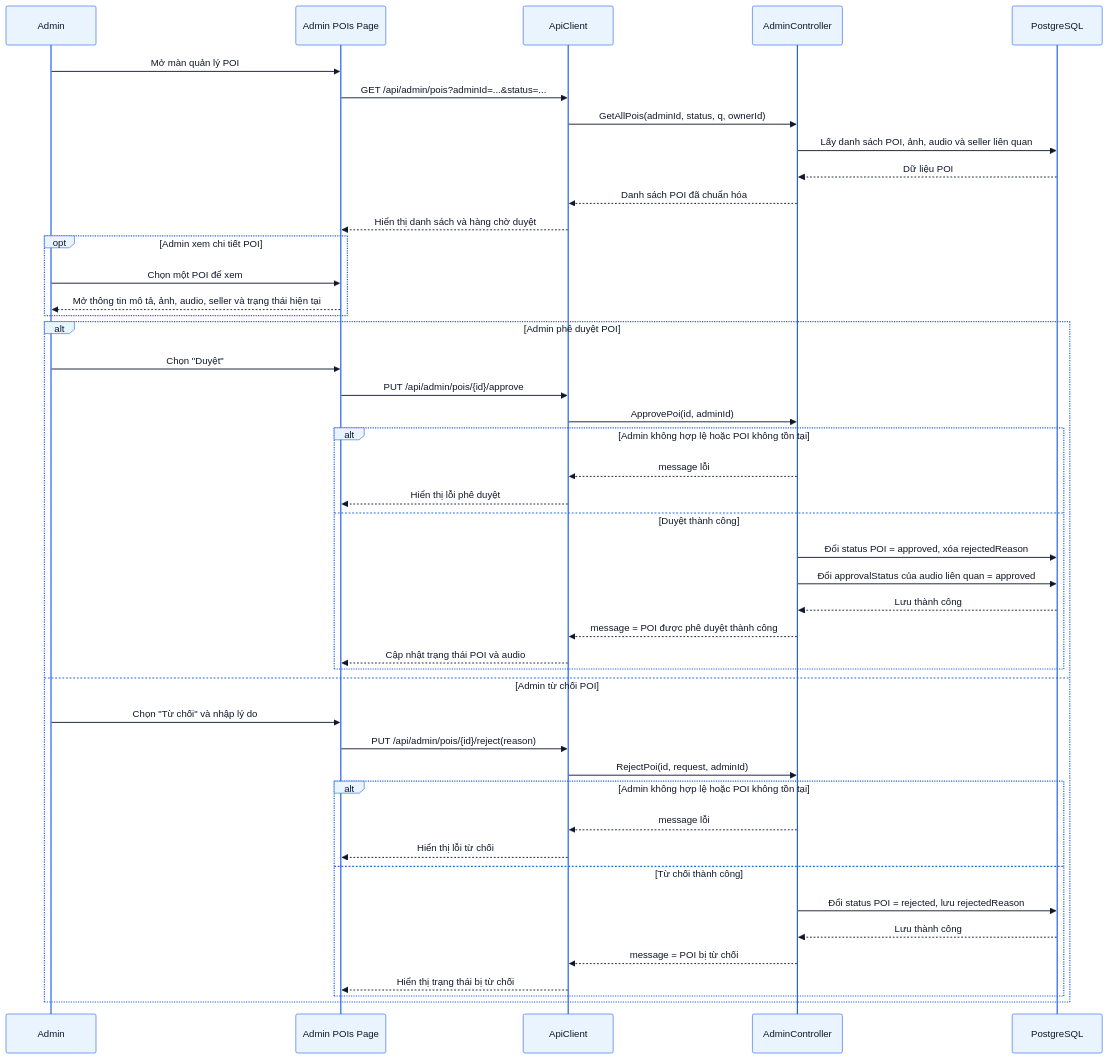
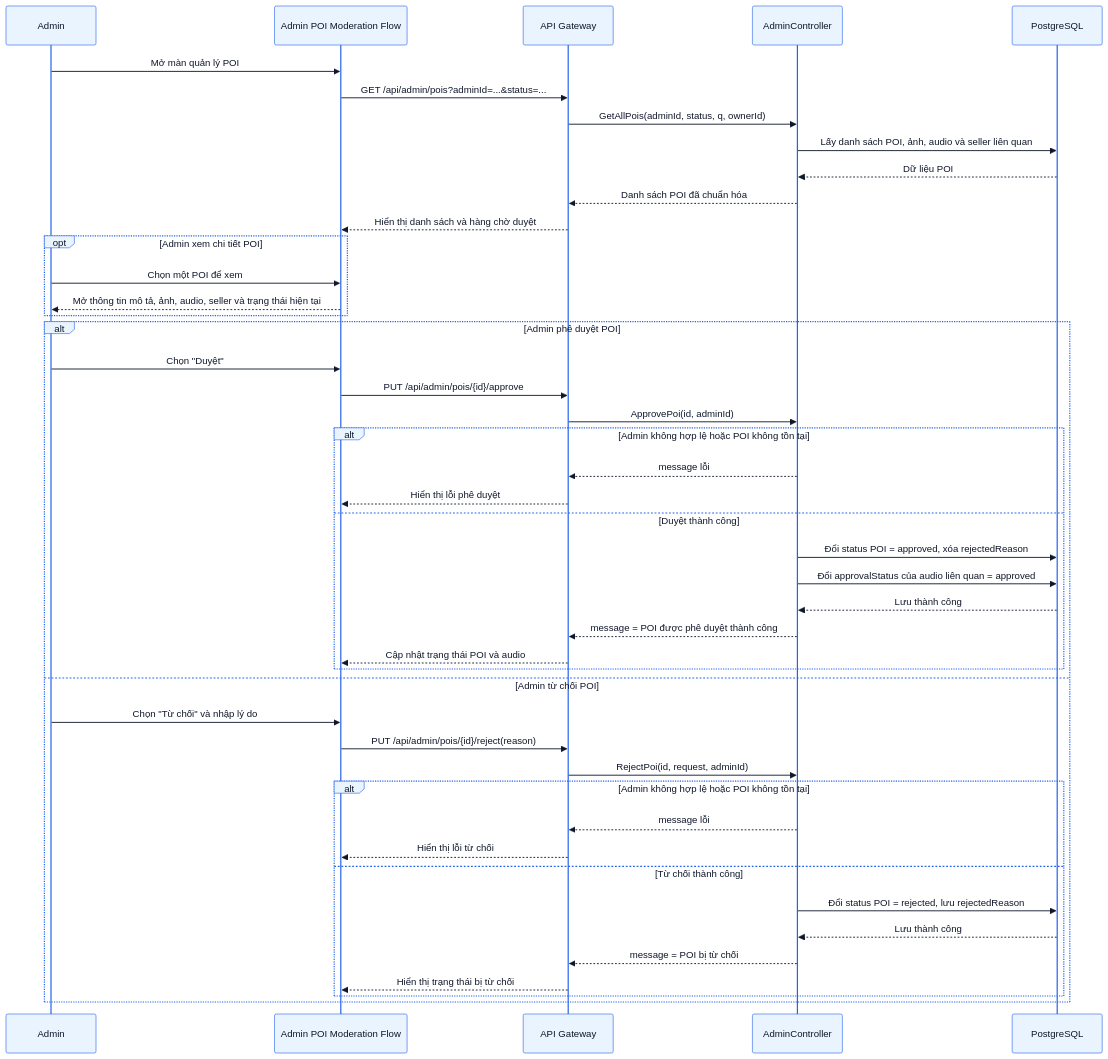
Diagram 15 of 30 in docs/PRD.md (thaiquanghieu/smart-guide-system), drawn with Mermaid before and after one commit. The commit also changed other lines of this file and 1 other file, not shown here.

````diff
--- a/docs/PRD.md
+++ b/docs/PRD.md
@@ -1303,68 +1699,68 @@
 ```mermaid
 %%{init: {
   "theme": "base",
   "themeVariables": {
     "primaryColor": "#EAF4FF",
     "primaryBorderColor": "#2563EB",
     "primaryTextColor": "#0F172A",
     "lineColor": "#2563EB",
     "secondaryColor": "#DBEAFE",
     "tertiaryColor": "#F8FBFF",
     "noteBkgColor": "#EFF6FF",
     "noteBorderColor": "#3B82F6",
     "activationBorderColor": "#2563EB",
     "activationBkgColor": "#DBEAFE",
     "sequenceNumberColor": "#0F172A"
   }
 }}%%
 sequenceDiagram
     participant Admin as Admin
-    participant AdminPoisPage as Admin POIs Page
-    participant API as ApiClient
+    participant AdminPoisPage as Admin POI Moderation Flow
+    participant API as API Gateway
     participant AdminCtl as AdminController
     participant DB as PostgreSQL
 
     Admin ->> AdminPoisPage: Mở màn quản lý POI
     AdminPoisPage ->> API: GET /api/admin/pois?adminId=...&status=...
     API ->> AdminCtl: GetAllPois(adminId, status, q, ownerId)
     AdminCtl ->> DB: Lấy danh sách POI, ảnh, audio và seller liên quan
     DB -->> AdminCtl: Dữ liệu POI
     AdminCtl -->> API: Danh sách POI đã chuẩn hóa
     API -->> AdminPoisPage: Hiển thị danh sách và hàng chờ duyệt
 
     opt Admin xem chi tiết POI
         Admin ->> AdminPoisPage: Chọn một POI để xem
         AdminPoisPage -->> Admin: Mở thông tin mô tả, ảnh, audio, seller và trạng thái hiện tại
     end
 
     alt Admin phê duyệt POI
         Admin ->> AdminPoisPage: Chọn "Duyệt"
         AdminPoisPage ->> API: PUT /api/admin/pois/{id}/approve
         API ->> AdminCtl: ApprovePoi(id, adminId)
 
         alt Admin không hợp lệ hoặc POI không tồn tại
             AdminCtl -->> API: message lỗi
             API -->> AdminPoisPage: Hiển thị lỗi phê duyệt
         else Duyệt thành công
             AdminCtl ->> DB: Đổi status POI = approved, xóa rejectedReason
             AdminCtl ->> DB: Đổi approvalStatus của audio liên quan = approved
             DB -->> AdminCtl: Lưu thành công
             AdminCtl -->> API: message = POI được phê duyệt thành công
             API -->> AdminPoisPage: Cập nhật trạng thái POI và audio
         end
     else Admin từ chối POI
         Admin ->> AdminPoisPage: Chọn "Từ chối" và nhập lý do
         AdminPoisPage ->> API: PUT /api/admin/pois/{id}/reject(reason)
         API ->> AdminCtl: RejectPoi(id, request, adminId)
 
         alt Admin không hợp lệ hoặc POI không tồn tại
             AdminCtl -->> API: message lỗi
             API -->> AdminPoisPage: Hiển thị lỗi từ chối
         else Từ chối thành công
             AdminCtl ->> DB: Đổi status POI = rejected, lưu rejectedReason
             DB -->> AdminCtl: Lưu thành công
             AdminCtl -->> API: message = POI bị từ chối
             API -->> AdminPoisPage: Hiển thị trạng thái bị từ chối
         end
     end
 ```
````
